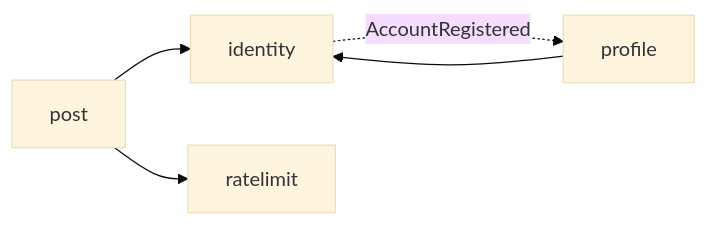
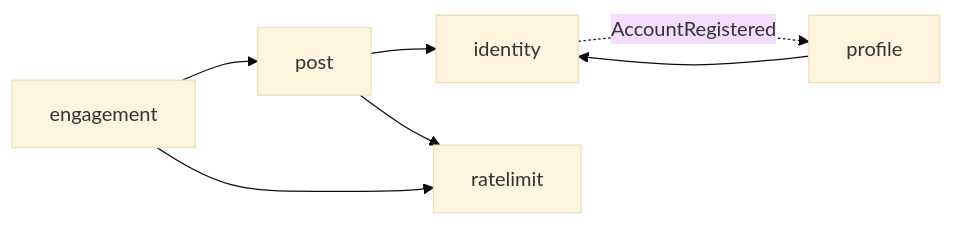
One commit to leviberga/bafafa-social changed the diagram in README.md. Above: the diagram before and after it, drawn with Mermaid (base theme). The commit also changed other lines of this file, not shown here.

````diff
--- a/README.md
+++ b/README.md
@@ -28,7 +28,9 @@
 ```mermaid
 flowchart LR
     post --> identity
     post --> ratelimit
+    engagement --> post
+    engagement --> ratelimit
     profile --> identity
     identity -. AccountRegistered .-> profile
 ```
````
